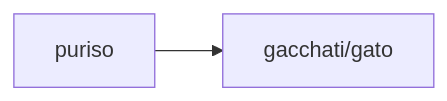
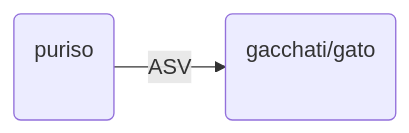
One commit to iapt-platform/pali-handbook changed the diagram in src/basic-relation/nom/nom-asv.md. Above: the diagram before and after it, drawn with Mermaid. The commit also changed other lines of this file and 2 other files, not shown here.

Commit message:
:art:关系图美化

```diff
--- a/src/basic-relation/nom/nom-asv.md
+++ b/src/basic-relation/nom/nom-asv.md
@@ -17,4 +17,6 @@
 <div class="mermaid">
 graph LR
-puriso-->gacchati/gato
+A("puriso<br><br>")
+B("gacchati/gato<br><br>")
+A--"ASV"-->B
 </div>
```
